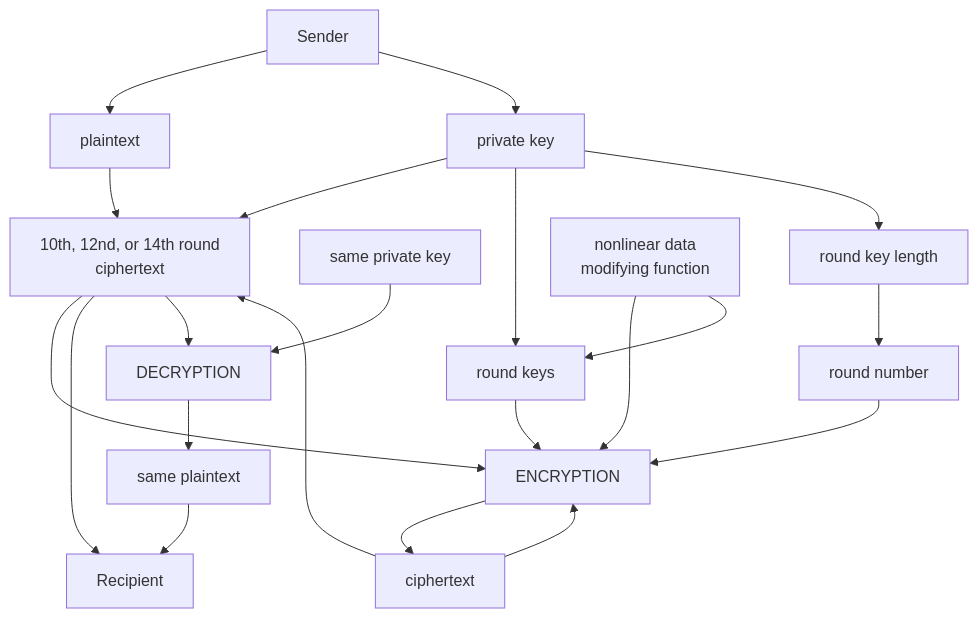
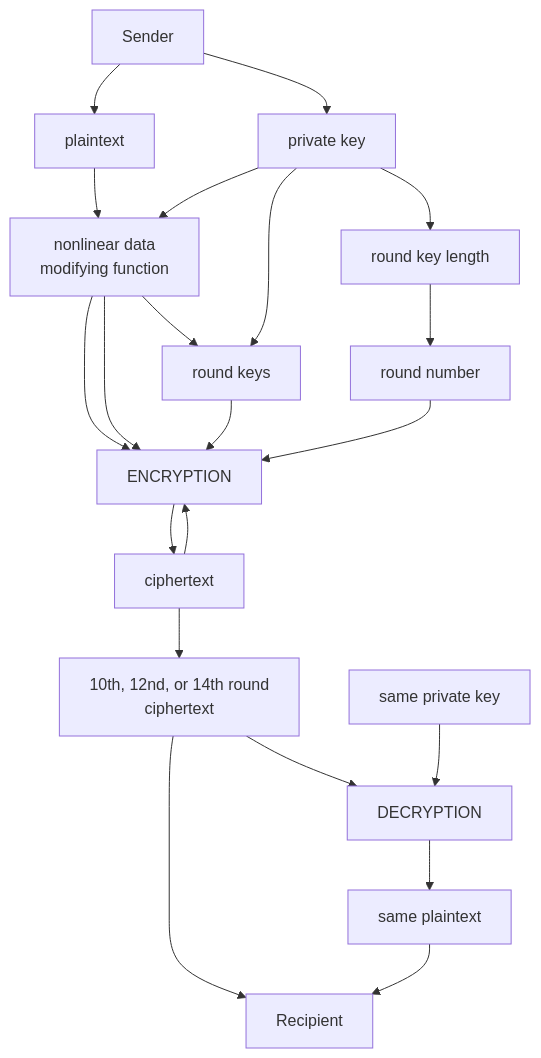
The diagram in README.md (Kietpawpan/encryption), drawn with Mermaid before and after one commit.

````diff
--- a/README.md
+++ b/README.md
@@ -5,13 +5,13 @@
 ```mermaid
 flowchart TD
-    A[Sender] --> B[plaintext]-->FN
-    C[private key]-->FN-->D[ENCRYPTION]-->E[ciphertext]-->D
+    A[Sender] --> B[plaintext]-->FC
+    C[private key]-->FC-->D[ENCRYPTION]-->E[ciphertext]-->D
     E-->FN[10th, 12nd, or 14th round\nciphertext]-->F[Recipient]
     C2[same private key]-->G[DECRYPTION]-->I[same plaintext]-->F
      FN-->G
 A-->C
 C-->RK[round keys]-->D
 C-->RKL[round key length]-->RN[round number]-->D
 FC[nonlinear data \nmodifying function]-->D
 FC-->RK
 ```
````
